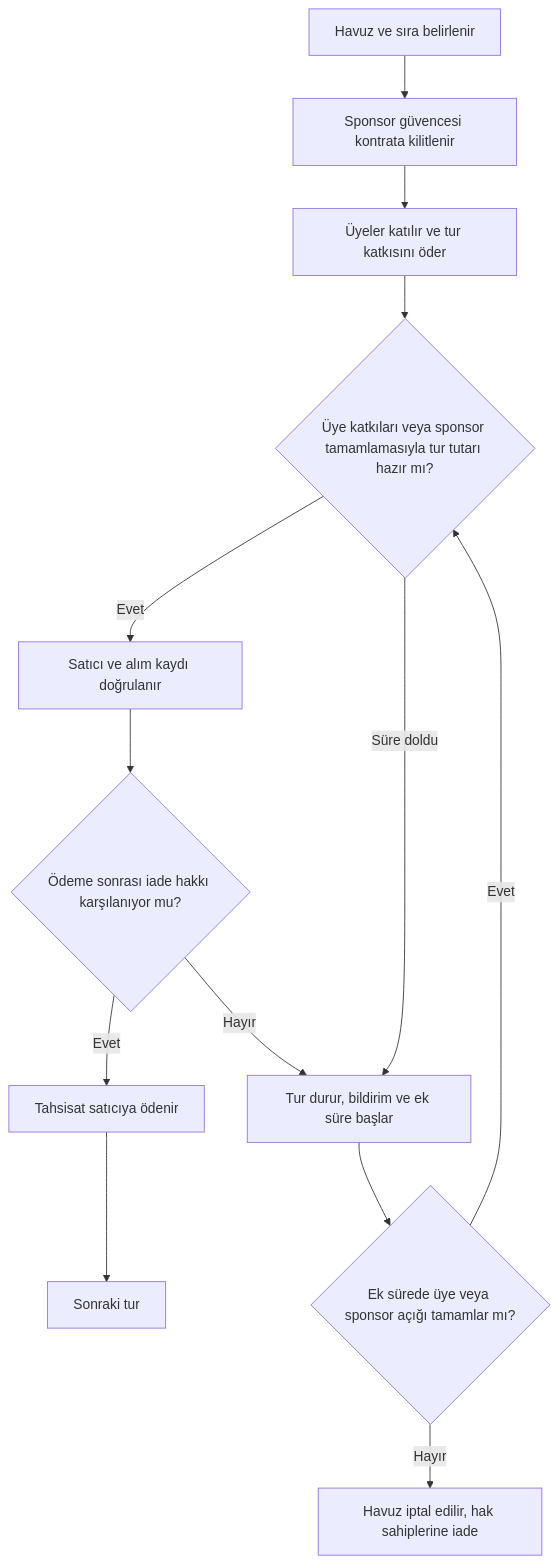
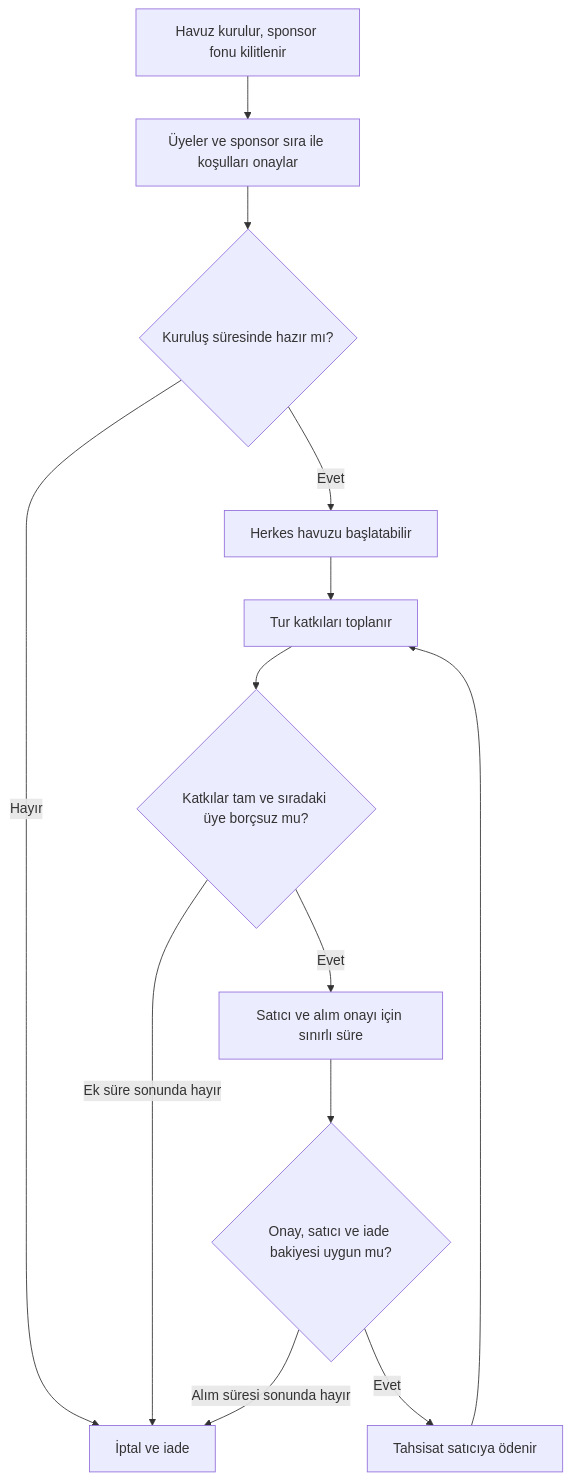
Before and after one commit to yusufarslan44/Stellerpool: the diagram in README.md, drawn with Mermaid. The commit also changed other lines of this file and 1 other file, not shown here.

Commit message:
docs: close pool lifecycle and payout logic gaps

```diff
--- a/README.md
+++ b/README.md
@@ -30,15 +31,15 @@
 ~~~mermaid
 flowchart TD
-  A[Havuz ve sıra belirlenir] --> B[Sponsor güvencesi kontrata kilitlenir]
-  B --> C[Üyeler katılır ve tur katkısını öder]
-  C --> D{Üye katkıları veya sponsor tamamlamasıyla tur tutarı hazır mı?}
-  D -->|Evet| E[Satıcı ve alım kaydı doğrulanır]
-  E --> F{Ödeme sonrası iade hakkı karşılanıyor mu?}
-  F -->|Evet| G[Tahsisat satıcıya ödenir]
-  G --> H[Sonraki tur]
-  D -->|Süre doldu| I[Tur durur, bildirim ve ek süre başlar]
-  F -->|Hayır| I
-  I --> K{Ek sürede üye veya sponsor açığı tamamlar mı?}
-  K -->|Evet| D
-  K -->|Hayır| J[Havuz iptal edilir, hak sahiplerine iade]
+  A[Havuz kurulur, sponsor fonu kilitlenir] --> B[Üyeler ve sponsor sıra ile koşulları onaylar]
+  B --> C{Kuruluş süresinde hazır mı?}
+  C -->|Hayır| J[İptal ve iade]
+  C -->|Evet| D[Herkes havuzu başlatabilir]
+  D --> E[Tur katkıları toplanır]
+  E --> F{Katkılar tam ve sıradaki üye borçsuz mu?}
+  F -->|Evet| G[Satıcı ve alım onayı için sınırlı süre]
+  G --> H{Onay, satıcı ve iade bakiyesi uygun mu?}
+  H -->|Evet| I[Tahsisat satıcıya ödenir]
+  I --> E
+  F -->|Ek süre sonunda hayır| J
+  H -->|Alım süresi sonunda hayır| J
 ~~~
```
